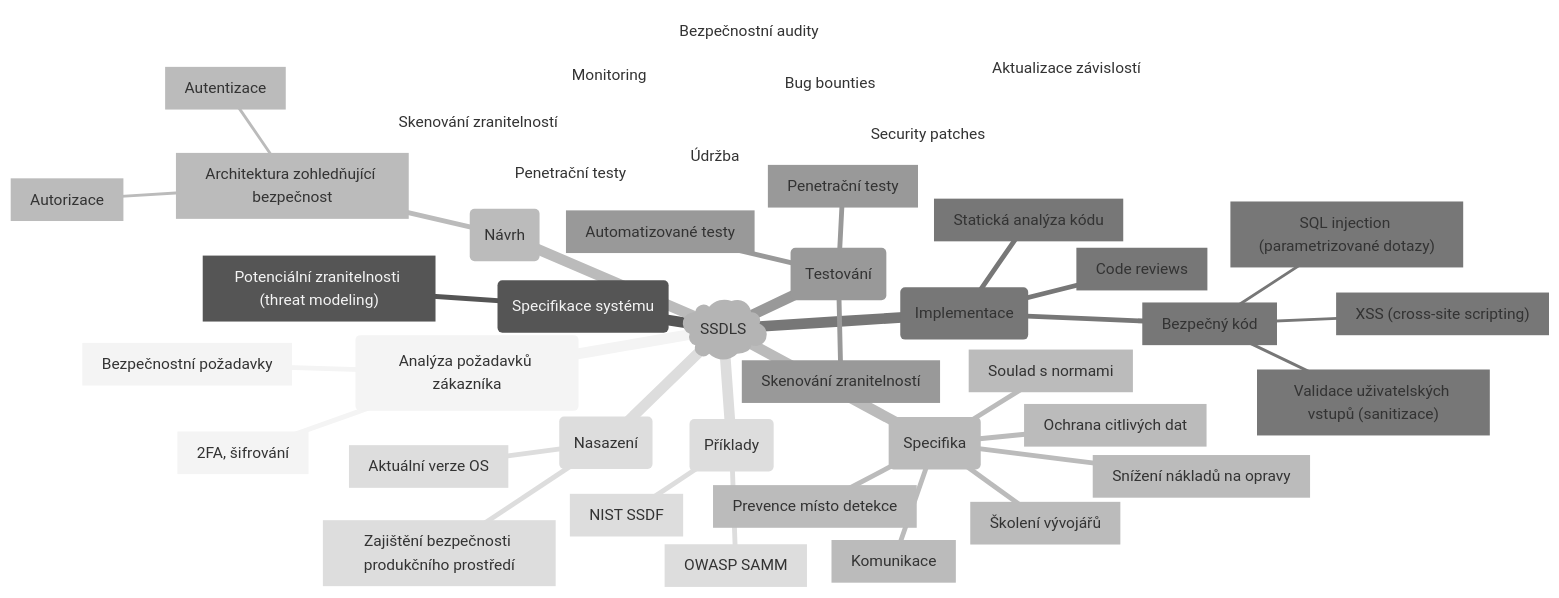
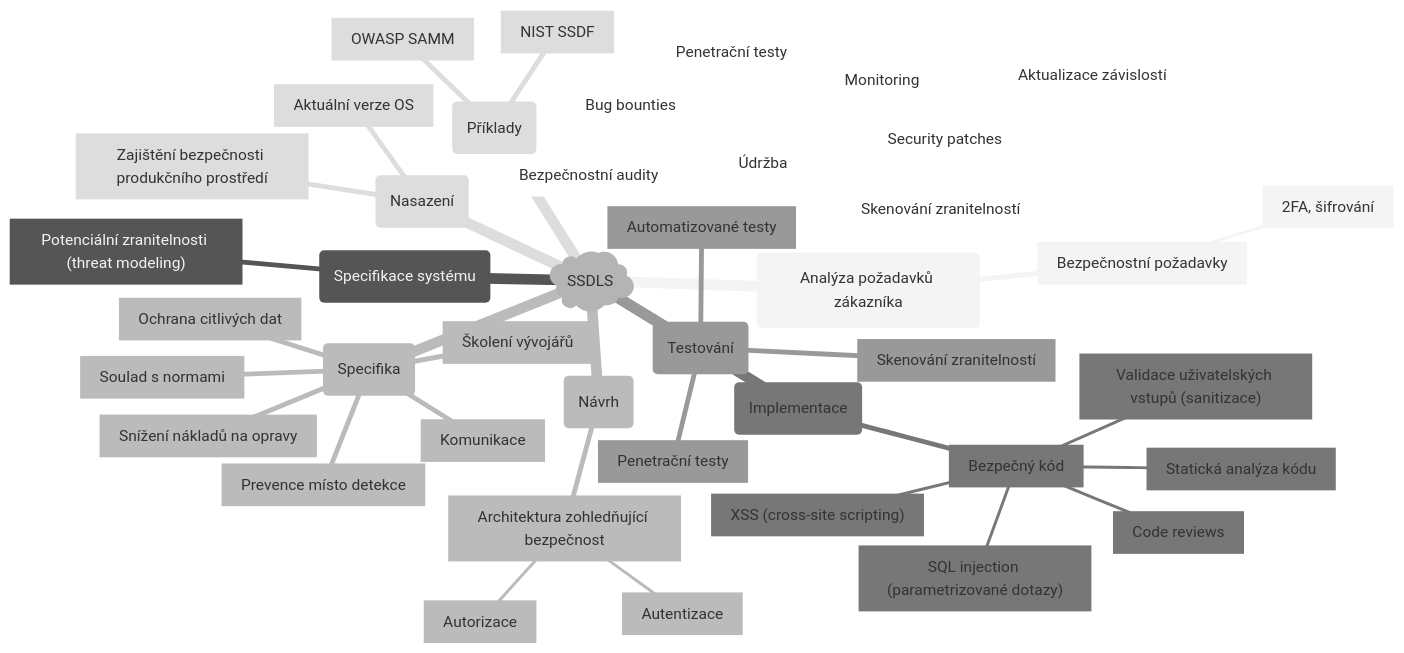
Before and after one commit to matejfric/mdbook: diagram 18 of 20 in src/it/software_engineering.md, drawn with Mermaid (neutral theme). The commit also changed other lines of this file and 4 other files, not shown here.

````diff
--- a/src/it/software_engineering.md
+++ b/src/it/software_engineering.md
@@ -925,45 +925,45 @@
 ```mermaid
 mindmap
   root )SSDLS)
     (Analýza požadavků zákazníka)
         [Bezpečnostní požadavky]
-        [2FA, šifrování]
+            [2FA, šifrování]
     (Specifikace systému)
         ["Potenciální zranitelnosti (threat modeling)"]
     (Návrh)
         [Architektura zohledňující bezpečnost]
             [Autentizace]
             [Autorizace]
     (Implementace)
         [Bezpečný kód]
             ["SQL injection (parametrizované dotazy)"]
             ["XSS (cross-site scripting)"]
             ["Validace uživatelských vstupů (sanitizace)"]
-        [Code reviews]
-        [Statická analýza kódu]
+            [Code reviews]
+            [Statická analýza kódu]
     (Testování)
         [Penetrační testy]
         [Skenování zranitelností]
         [Automatizované testy]
     (Nasazení)
         [Zajištění bezpečnosti produkčního prostředí]
         [Aktuální verze OS]
     (Údržba)
         [Security patches]
             [Aktualizace závislostí]
         [Penetrační testy]
         [Bug bounties]
         [Skenování zranitelností]
         [Monitoring]
         [Bezpečnostní audity]
     (Příklady)
         [OWASP SAMM]
         [NIST SSDF]
     (Specifika)
         [Komunikace]
         [Prevence místo detekce]
         [Školení vývojářů]
         [Soulad s normami]
         [Snížení nákladů na opravy]
         [Ochrana citlivých dat]
 ```
````
